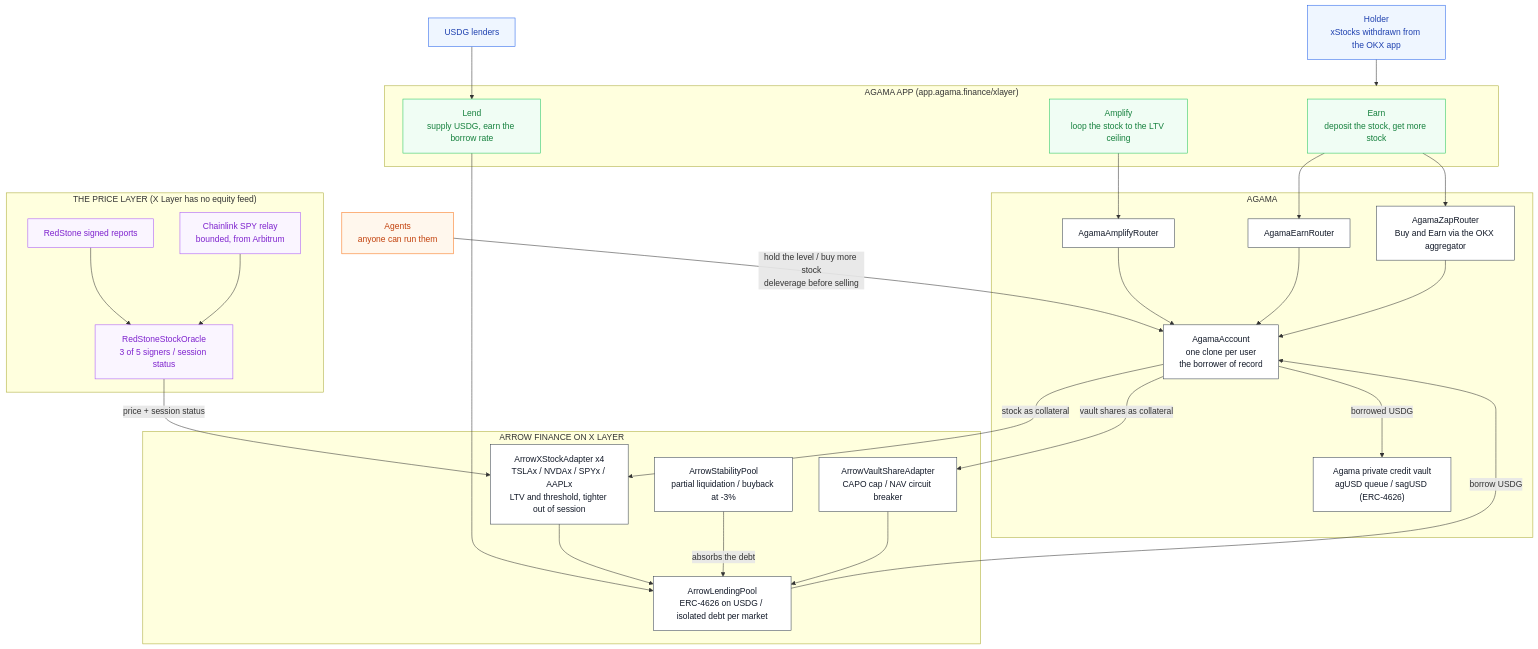
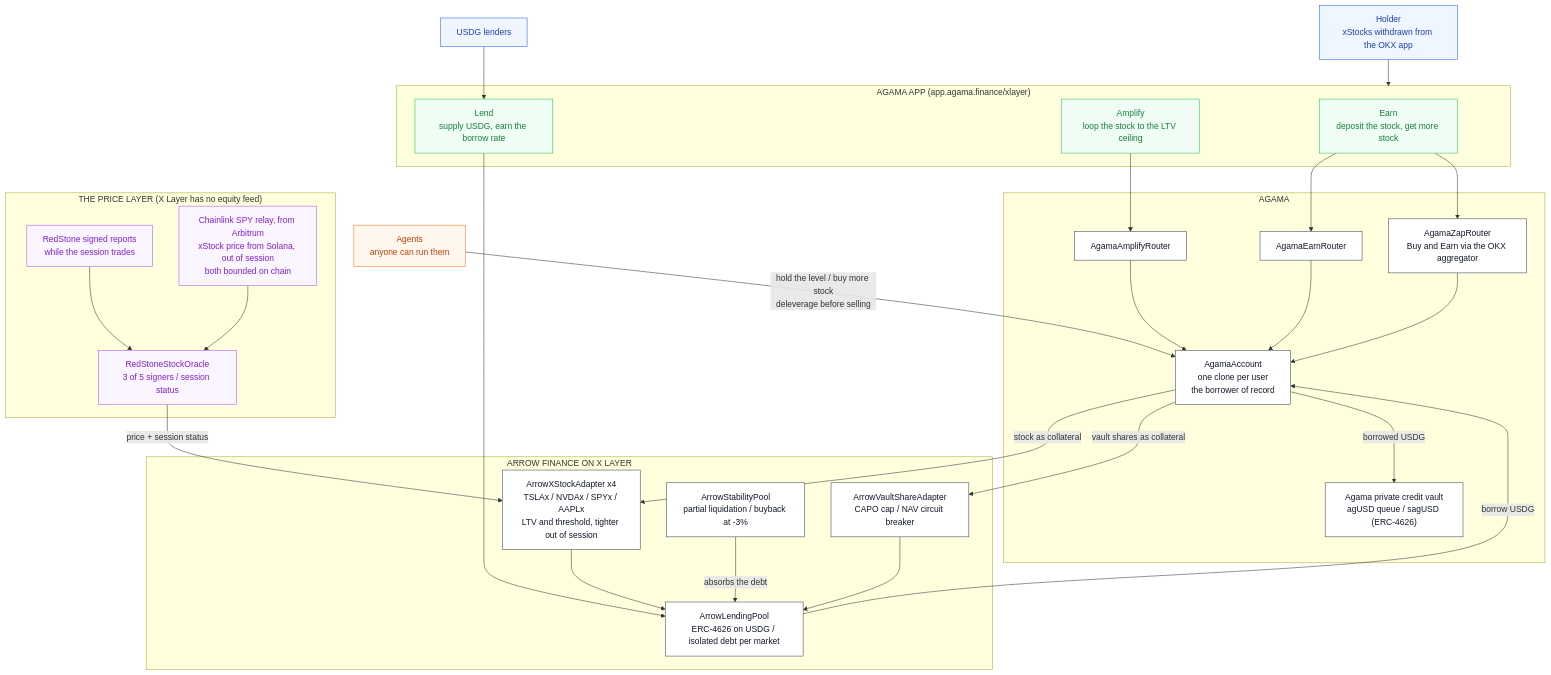
The diagram in README.md (agamafinance/agama-xlayer), drawn with Mermaid before and after one commit. The commit also changed other lines of this file and 1 other file, not shown here.

````diff
--- a/README.md
+++ b/README.md
@@ -20,66 +20,66 @@
 ```mermaid
 flowchart TB
     USER["Holder<br/>xStocks withdrawn from the OKX app"]
 
     subgraph app["AGAMA APP (app.agama.finance/xlayer)"]
         EARN["Earn<br/>deposit the stock, get more stock"]
         AMP["Amplify<br/>loop the stock to the LTV ceiling"]
         LEND["Lend<br/>supply USDG, earn the borrow rate"]
     end
 
     subgraph agama["AGAMA"]
         ER["AgamaEarnRouter"]
         AR["AgamaAmplifyRouter"]
         ZR["AgamaZapRouter<br/>Buy and Earn via the OKX aggregator"]
         AC["AgamaAccount<br/>one clone per user<br/>the borrower of record"]
         VAULT["Agama private credit vault<br/>agUSD queue / sagUSD (ERC-4626)"]
     end
 
     subgraph arrow["ARROW FINANCE ON X LAYER"]
         POOL["ArrowLendingPool<br/>ERC-4626 on USDG / isolated debt per market"]
         XA["ArrowXStockAdapter x4<br/>TSLAx / NVDAx / SPYx / AAPLx<br/>LTV and threshold, tighter out of session"]
         VA["ArrowVaultShareAdapter<br/>CAPO cap / NAV circuit breaker"]
         SP["ArrowStabilityPool<br/>partial liquidation / buyback at -3%"]
     end
 
     subgraph price["THE PRICE LAYER (X Layer has no equity feed)"]
         ORACLE["RedStoneStockOracle<br/>3 of 5 signers / session status"]
-        RS["RedStone signed reports"]
-        CL["Chainlink SPY relay<br/>bounded, from Arbitrum"]
+        RS["RedStone signed reports<br/>while the session trades"]
+        CL["Chainlink SPY relay, from Arbitrum<br/>xStock price from Solana, out of session<br/>both bounded on chain"]
     end
 
     AGENTS["Agents<br/>anyone can run them"]
     LENDERS["USDG lenders"]
 
     USER --> app
     EARN --> ER
     AMP --> AR
     EARN --> ZR
     ER --> AC
     AR --> AC
     ZR --> AC
     AC -->|"stock as collateral"| XA
     AC -->|"vault shares as collateral"| VA
     AC -->|"borrowed USDG"| VAULT
     XA --> POOL
     VA --> POOL
     POOL -->|"borrow USDG"| AC
     LENDERS --> LEND --> POOL
     SP -->|"absorbs the debt"| POOL
     AGENTS -->|"hold the level / buy more stock<br/>deleverage before selling"| AC
     RS --> ORACLE
     CL --> ORACLE
     ORACLE -->|"price + session status"| XA
 
     classDef actor fill:#eff6ff,stroke:#2563eb,color:#1e40af
     classDef product fill:#f0fdf4,stroke:#22c55e,color:#15803d
     classDef core fill:#ffffff,stroke:#374151,color:#111827
     classDef oracle fill:#faf5ff,stroke:#a855f7,color:#7e22ce
     classDef bot fill:#fff7ed,stroke:#f97316,color:#c2410c
 
     class USER,LENDERS actor
     class EARN,AMP,LEND product
     class ER,AR,ZR,AC,VAULT,POOL,XA,VA,SP core
     class ORACLE,RS,CL oracle
     class AGENTS bot
 ```
````
